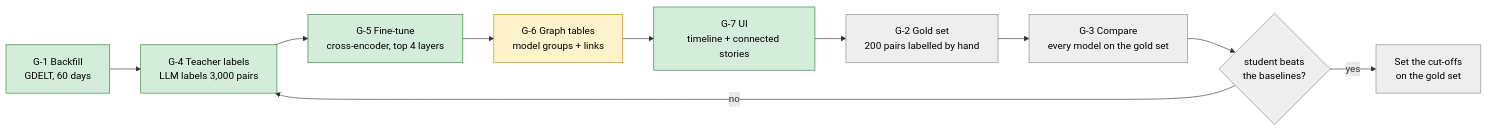
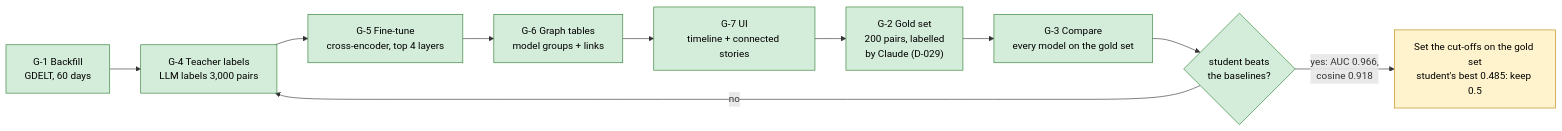
The seventh of 11 diagrams in docs/WORKFLOW.md (joybratasarkar/smriti), drawn with Mermaid before and after one commit. The commit also changed other lines of this file and 26 other files, not shown here.

````diff
--- a/docs/WORKFLOW.md
+++ b/docs/WORKFLOW.md
@@ -171,19 +177,18 @@
 ```mermaid
 flowchart LR
     G1["G-1 Backfill<br/>GDELT, 60 days"] --> G4["G-4 Teacher labels<br/>LLM labels 3,000 pairs"]
     G4 --> G5["G-5 Fine-tune<br/>cross-encoder, top 4 layers"]
     G5 --> G6["G-6 Graph tables<br/>model groups + links"]
     G6 --> G7["G-7 UI<br/>timeline + connected stories"]
-    G7 --> G2["G-2 Gold set<br/>200 pairs labelled by hand"]
+    G7 --> G2["G-2 Gold set<br/>200 pairs, labelled<br/>by Claude (D-029)"]
     G2 --> G3["G-3 Compare<br/>every model on the gold set"]
     G3 --> CHK{"student beats<br/>the baselines?"}
     CHK -- "no" --> G4
-    CHK -- "yes" --> CUT["Set the cut-offs<br/>on the gold set"]
+    CHK -- "yes: AUC 0.966,<br/>cosine 0.918" --> CUT["Set the cut-offs on the gold set<br/>student's best 0.485: keep 0.5"]
 
     classDef done fill:#d4edda,stroke:#2e7d32,color:#000
     classDef testing fill:#fff3cd,stroke:#b8860b,color:#000
     classDef planned fill:#eeeeee,stroke:#888,color:#000
-    class G1,G4,G5,G7 done
-    class G6 testing
-    class G2,G3,CHK,CUT planned
+    class G1,G4,G5,G6,G7,G2,G3,CHK done
+    class CUT testing
 ```
````
